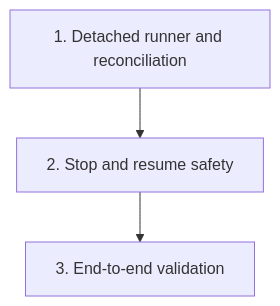
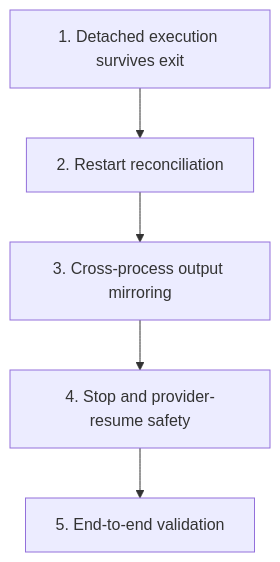
The diagram in docs/plan/continue_in_progress_sessions_after_exit.md (opencloudtool/agentty), drawn with Mermaid before and after one commit. The commit also changed other lines of this file, not shown here.

First line of the commit message:
Refine detached session rollout plan

````diff
--- a/docs/plan/continue_in_progress_sessions_after_exit.md
+++ b/docs/plan/continue_in_progress_sessions_after_exit.md
@@ -175,5 +221,7 @@
 ```mermaid
 graph TD
-    P1[1. Detached runner and reconciliation] --> P2[2. Stop and resume safety]
-    P2 --> P3[3. End-to-end validation]
+    P1[1. Detached execution survives exit] --> P2[2. Restart reconciliation]
+    P2 --> P3[3. Cross-process output mirroring]
+    P3 --> P4[4. Stop and provider-resume safety]
+    P4 --> P5[5. End-to-end validation]
 ```
````
